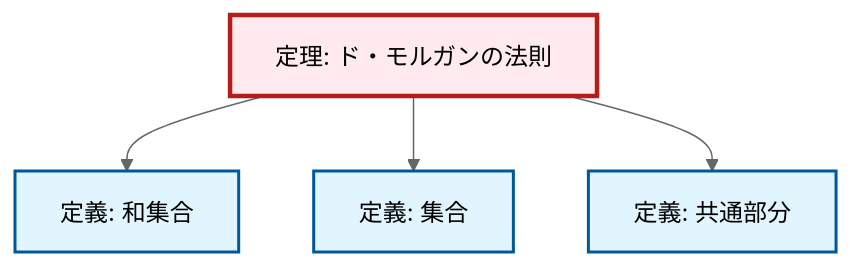
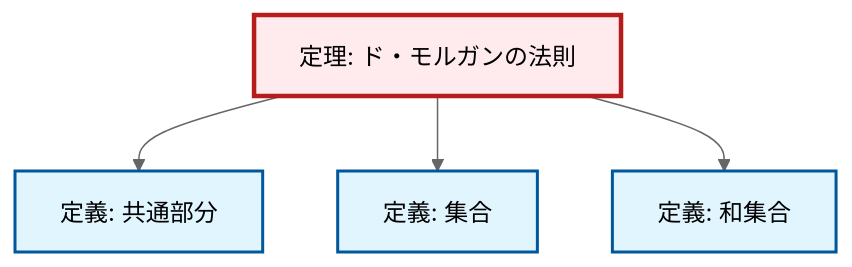
One commit to RK0429/ModernMath changed the diagram in output/mermaid/ja/thm-de-morgan.mermaid. Above: the diagram before and after it, drawn with Mermaid (neutral theme). The commit also changed 3144 other files, not shown here.

```diff
--- a/output/mermaid/ja/thm-de-morgan.mermaid
+++ b/output/mermaid/ja/thm-de-morgan.mermaid
@@ -1,15 +1,14 @@
-%%| fig-cap: "Local dependency graph"
 graph TD
     classDef definition fill:#e1f5fe,stroke:#01579b,stroke-width:2px
     classDef theorem fill:#f3e5f5,stroke:#4a148c,stroke-width:2px
     classDef axiom fill:#fff3e0,stroke:#e65100,stroke-width:2px
     classDef example fill:#e8f5e9,stroke:#1b5e20,stroke-width:2px
     classDef current fill:#ffebee,stroke:#b71c1c,stroke-width:3px
-    def-union["定義: 和集合"]:::definition
     thm-de-morgan["定理: ド・モルガンの法則"]:::theorem
     def-intersection["定義: 共通部分"]:::definition
     def-set["定義: 集合"]:::definition
+    def-union["定義: 和集合"]:::definition
+    thm-de-morgan --> def-intersection
+    thm-de-morgan --> def-set
     thm-de-morgan --> def-union
-    thm-de-morgan --> def-set
-    thm-de-morgan --> def-intersection
     class thm-de-morgan current
```
